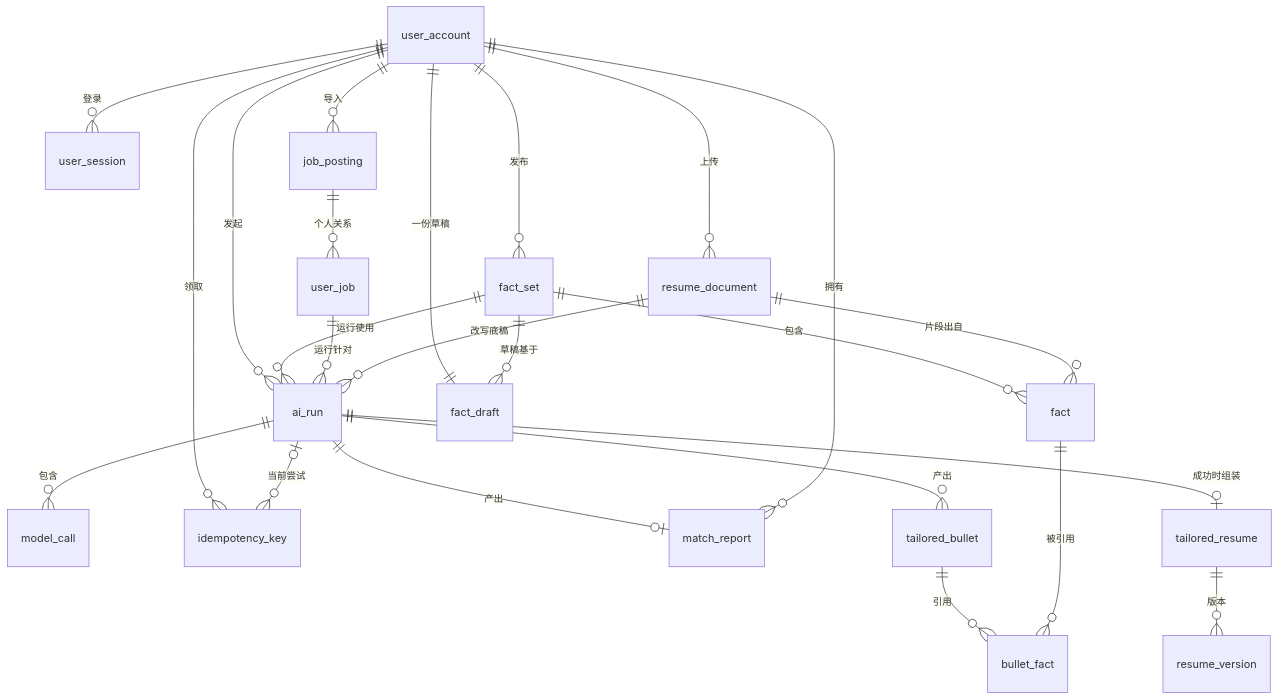
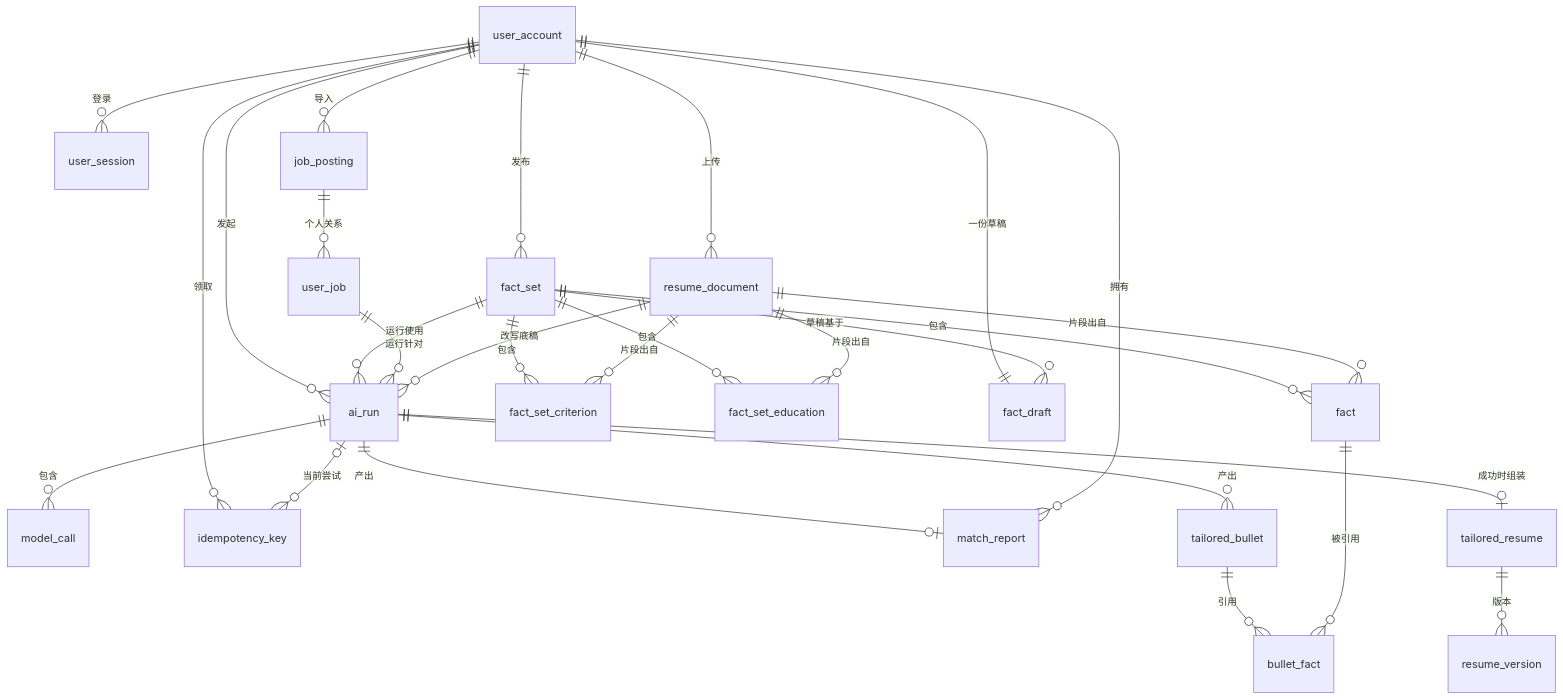
Before and after one commit to Galilieo/jobpilot: the diagram in notes/求职助手Agent/数据库设计.md, drawn with Mermaid. The commit also changed other lines of this file and 2 other files, not shown here.

````diff
--- a/notes/求职助手Agent/数据库设计.md
+++ b/notes/求职助手Agent/数据库设计.md
@@ -18,26 +18,30 @@
 ```mermaid
 erDiagram
     user_account ||--o{ user_session : "登录"
     user_account ||--o{ ai_run : "发起"
     ai_run ||--o{ model_call : "包含"
     user_account ||--o{ idempotency_key : "领取"
     ai_run o|--o{ idempotency_key : "当前尝试"
     ai_run ||--o| match_report : "产出"
     user_account ||--o{ match_report : "拥有"
     user_account ||--o{ resume_document : "上传"
     user_account ||--o{ fact_set : "发布"
     fact_set ||--o{ fact : "包含"
+    fact_set ||--o{ fact_set_criterion : "包含"
+    fact_set ||--o{ fact_set_education : "包含"
     resume_document ||--o{ fact : "片段出自"
+    resume_document ||--o{ fact_set_criterion : "片段出自"
+    resume_document ||--o{ fact_set_education : "片段出自"
     user_account ||--|| fact_draft : "一份草稿"
     fact_set ||--o{ fact_draft : "草稿基于"
     fact_set ||--o{ ai_run : "运行使用"
     user_account ||--o{ job_posting : "导入"
     job_posting ||--o{ user_job : "个人关系"
     user_job ||--o{ ai_run : "运行针对"
     resume_document ||--o{ ai_run : "改写底稿"
     ai_run ||--o{ tailored_bullet : "产出"
     tailored_bullet ||--o{ bullet_fact : "引用"
     fact ||--o{ bullet_fact : "被引用"
     ai_run ||--o| tailored_resume : "成功时组装"
     tailored_resume ||--o{ resume_version : "版本"
 ```
````
